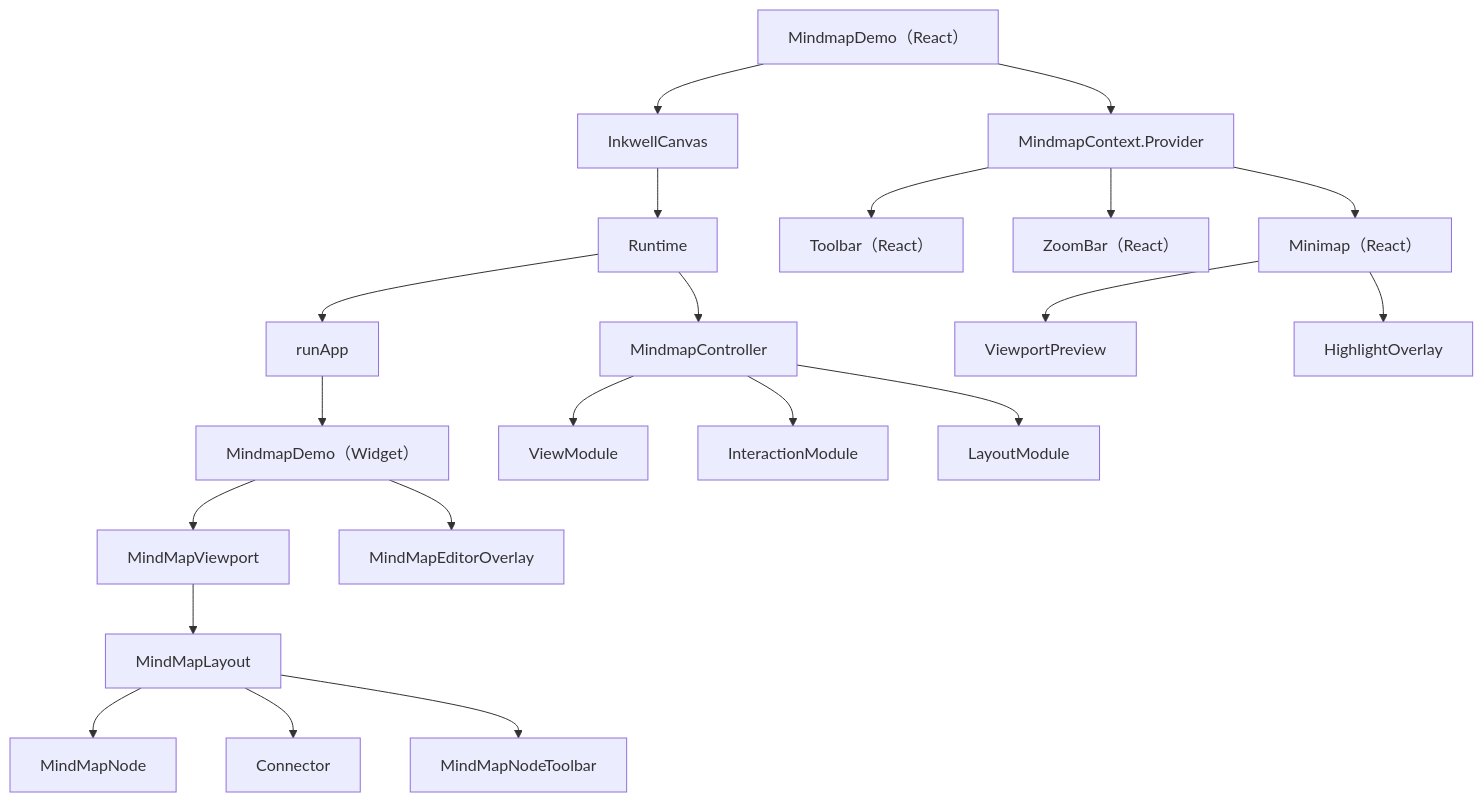
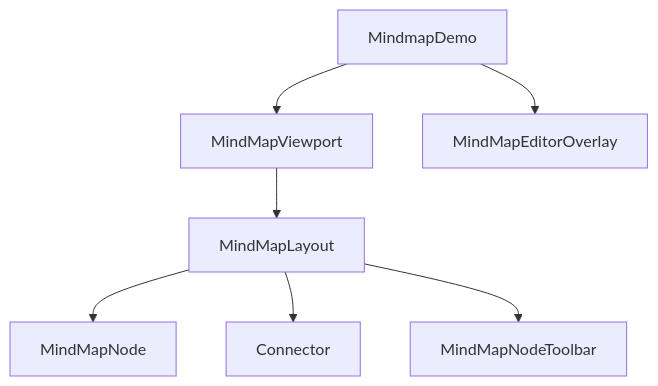
One commit to edeink/inkwell changed the diagram in docs/demo/mindmap.mdx. Above: the diagram before and after it, drawn with Mermaid. The commit also changed other lines of this file and 9 other files, not shown here.

````diff
--- a/docs/demo/mindmap.mdx
+++ b/docs/demo/mindmap.mdx
@@ -25,27 +25,9 @@
 ```mermaid
 graph TD
-  A["MindmapDemo（React）"] --> B["InkwellCanvas"]
-  A --> C["MindmapContext.Provider"]
-
-  B --> D["Runtime"]
-  D --> E["runApp"]
-  E --> F["MindmapDemo（Widget）"]
-
-  F --> G["MindMapViewport"]
-  G --> H["MindMapLayout"]
-  H --> I["MindMapNode"]
-  H --> J["Connector"]
-  H --> K["MindMapNodeToolbar"]
-  F --> L["MindMapEditorOverlay"]
-
-  D --> M["MindmapController"]
-  M --> N["ViewModule"]
-  M --> O["InteractionModule"]
-  M --> P["LayoutModule"]
-
-  C --> Q["Toolbar（React）"]
-  C --> R["ZoomBar（React）"]
-  C --> S["Minimap（React）"]
-  S --> T["ViewportPreview"]
-  S --> U["HighlightOverlay"]
+  E["MindmapDemo"] --> F["MindMapViewport"]
+  F --> G["MindMapLayout"]
+  G --> H["MindMapNode"]
+  G --> I["Connector"]
+  G --> J["MindMapNodeToolbar"]
+  E --> K["MindMapEditorOverlay"]
 ```
````
